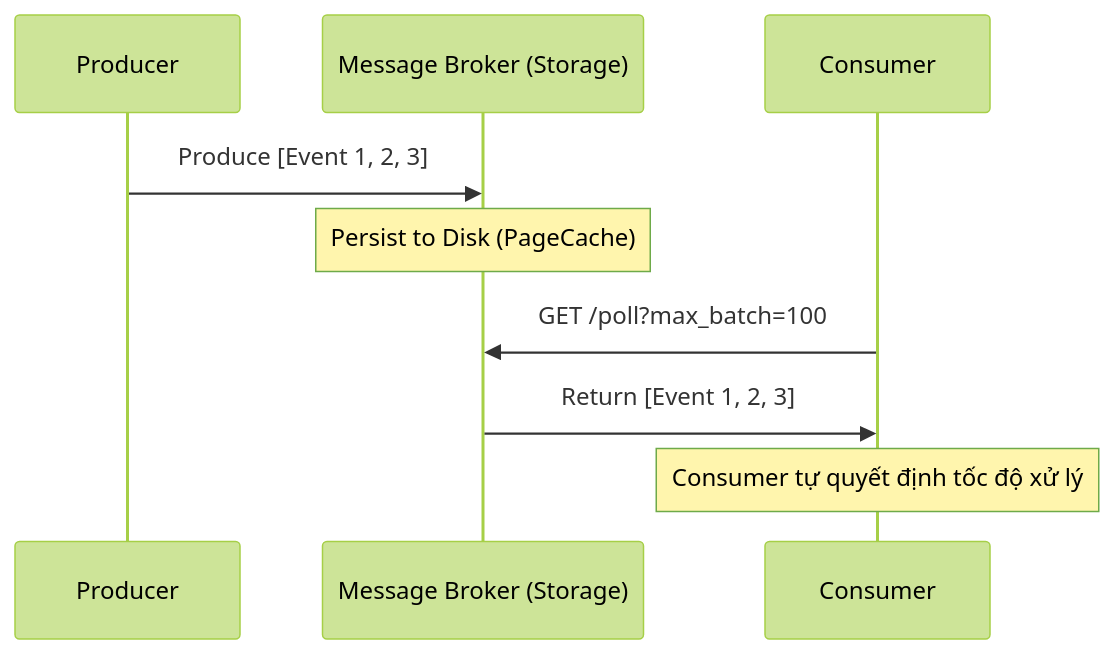
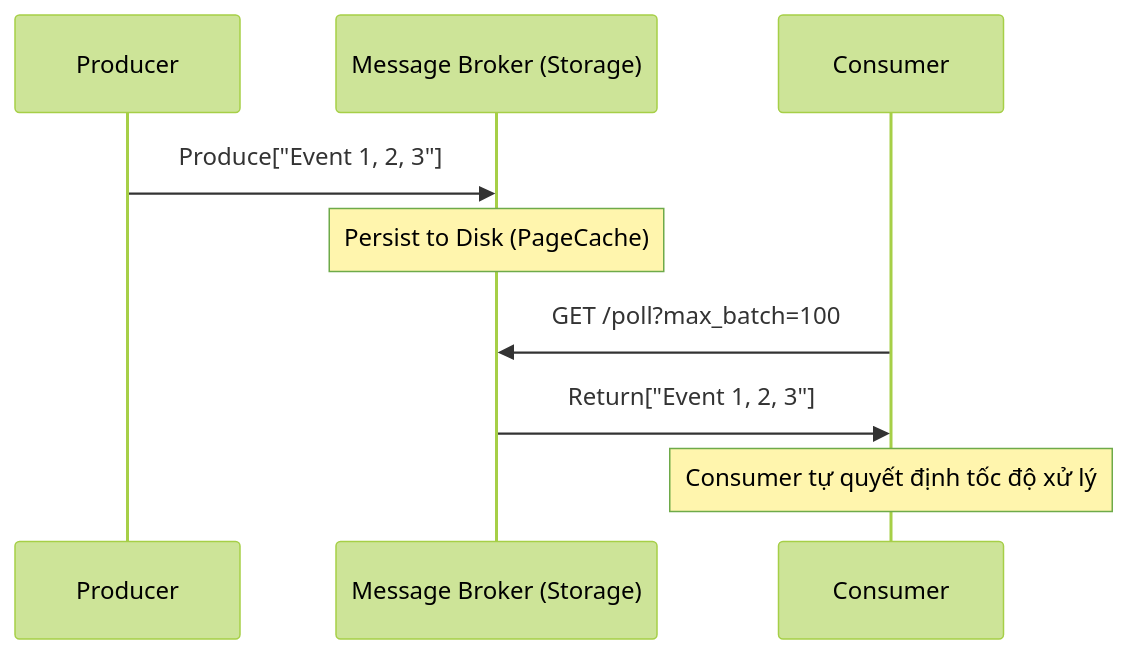
Before and after one commit to kythuatdulieu/kythuatdulieu.github.io: the second of 2 diagrams in src/content/docs/concepts/1-distributed-systems-architecture/push-pull-delivery.md, drawn with Mermaid (forest theme). The commit also changed other lines of this file and 190 other files, not shown here.

Commit message:
fix: resolve mermaid syntax, math rendering, and metadata issues from content rewrite

````diff
--- a/src/content/docs/concepts/1-distributed-systems-architecture/push-pull-delivery.md
+++ b/src/content/docs/concepts/1-distributed-systems-architecture/push-pull-delivery.md
@@ -59,12 +59,12 @@
 ```mermaid
 sequenceDiagram
     participant P as Producer
     participant B as Message Broker (Storage)
     participant C as Consumer
 
-    P->>B: Produce [Event 1, 2, 3]
+    P->>B: Produce["Event 1, 2, 3"]
     Note over B: Persist to Disk (PageCache)
     C->>B: GET /poll?max_batch=100
-    B->>C: Return [Event 1, 2, 3]
+    B->>C: Return["Event 1, 2, 3"]
     Note over C: Consumer tự quyết định tốc độ xử lý
 ```
````
